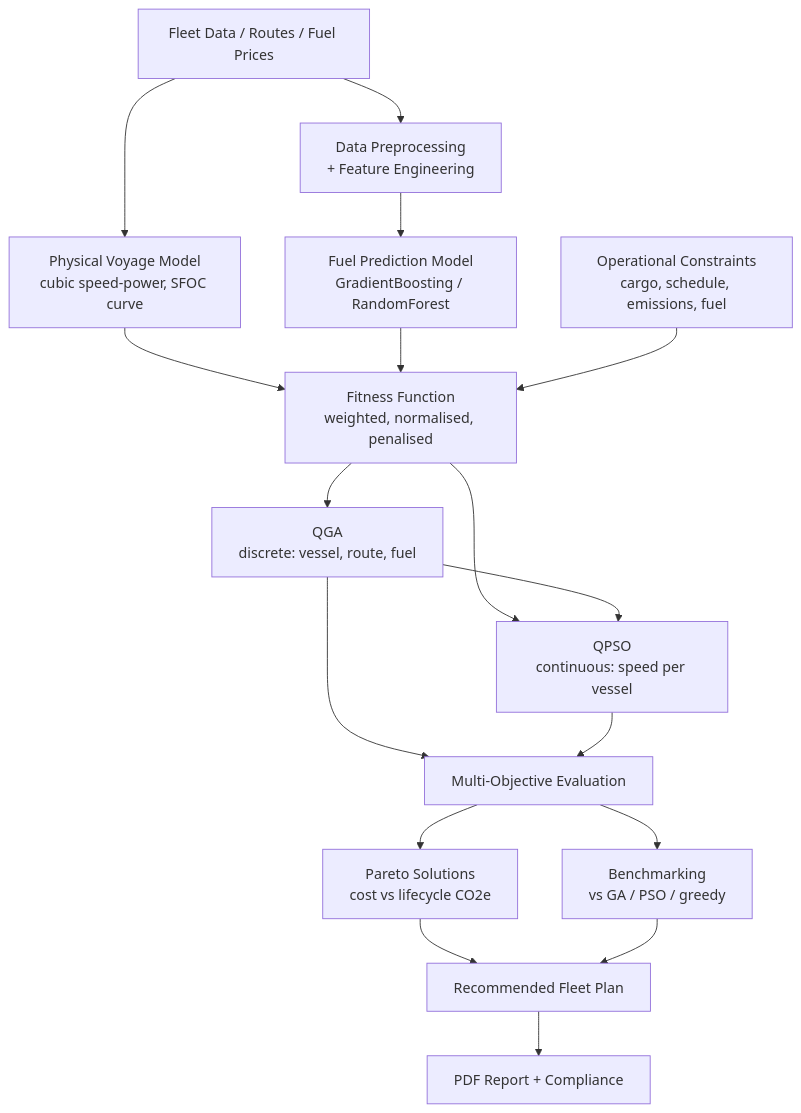
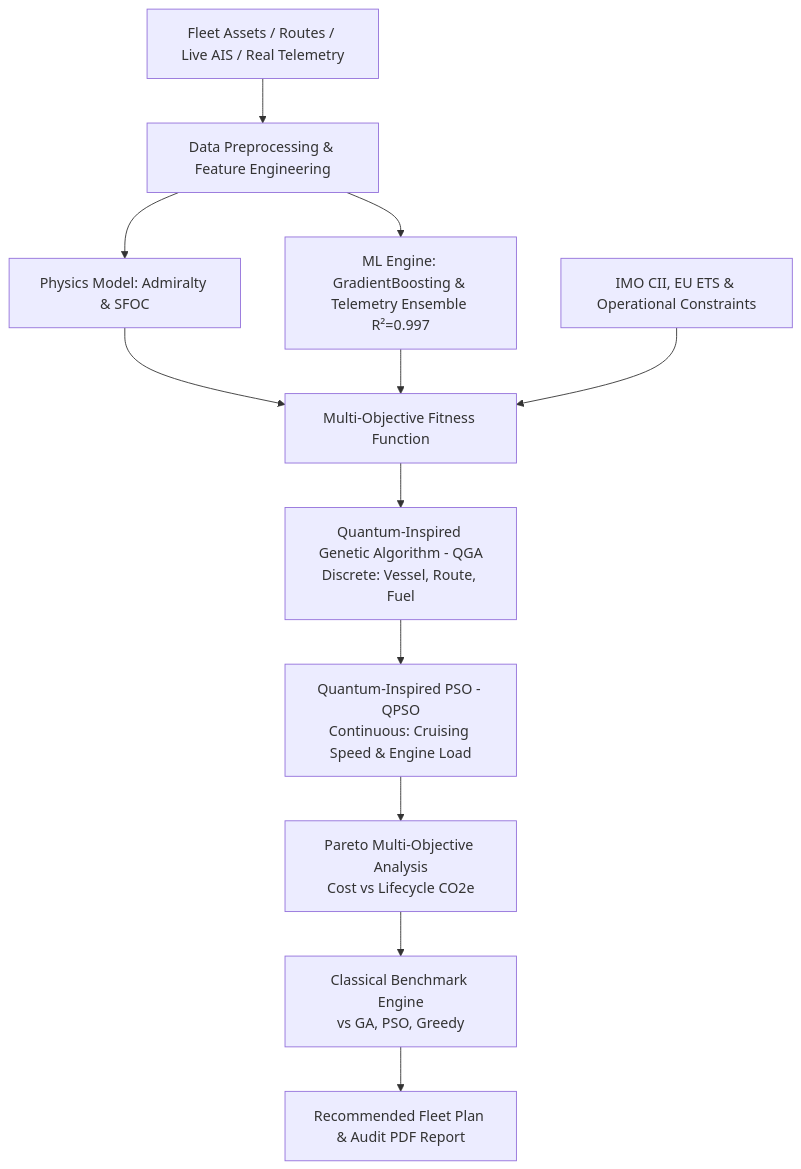
One commit to KavishaS/Quantum-Inspired-Fuel-Consumption-Prediction-and-Green-Fleet-Optimization changed the first of 2 diagrams in README.md. Above: the diagram before and after it, drawn with Mermaid. The commit also changed other lines of this file and 127 other files, not shown here.

Commit message:
feat: complete platform with SIH PS-138 architecture, telemetry ML, RBAC, live AIS and weather

````diff
--- a/README.md
+++ b/README.md
@@ -34,19 +61,14 @@
 ```mermaid
 flowchart TD
-    A[Fleet Data / Routes / Fuel Prices] --> B[Data Preprocessing<br/>+ Feature Engineering]
-    B --> C[Fuel Prediction Model<br/>GradientBoosting / RandomForest]
-    A --> D[Physical Voyage Model<br/>cubic speed-power, SFOC curve]
-    D --> E[Fitness Function<br/>weighted, normalised, penalised]
-    C --> E
-    F[Operational Constraints<br/>cargo, schedule, emissions, fuel] --> E
-    E --> G[QGA<br/>discrete: vessel, route, fuel]
-    E --> H[QPSO<br/>continuous: speed per vessel]
-    G --> H
-    G --> I[Multi-Objective Evaluation]
-    H --> I
-    I --> J[Pareto Solutions<br/>cost vs lifecycle CO2e]
-    I --> K[Benchmarking<br/>vs GA / PSO / greedy]
-    J --> L[Recommended Fleet Plan]
-    K --> L
-    L --> M[PDF Report + Compliance]
+    A[Fleet Assets / Routes / Live AIS / Real Telemetry] --> B[Data Preprocessing & Feature Engineering]
+    B --> C1[Physics Model: Admiralty & SFOC]
+    B --> C2[ML Engine: GradientBoosting & Telemetry Ensemble R²=0.997]
+    C1 --> D[Multi-Objective Fitness Function]
+    C2 --> D
+    E[IMO CII, EU ETS & Operational Constraints] --> D
+    D --> F[Quantum-Inspired Genetic Algorithm - QGA<br/>Discrete: Vessel, Route, Fuel]
+    F --> G[Quantum-Inspired PSO - QPSO<br/>Continuous: Cruising Speed & Engine Load]
+    G --> H[Pareto Multi-Objective Analysis<br/>Cost vs Lifecycle CO2e]
+    H --> I[Classical Benchmark Engine<br/>vs GA, PSO, Greedy]
+    I --> J[Recommended Fleet Plan & Audit PDF Report]
 ```
````
